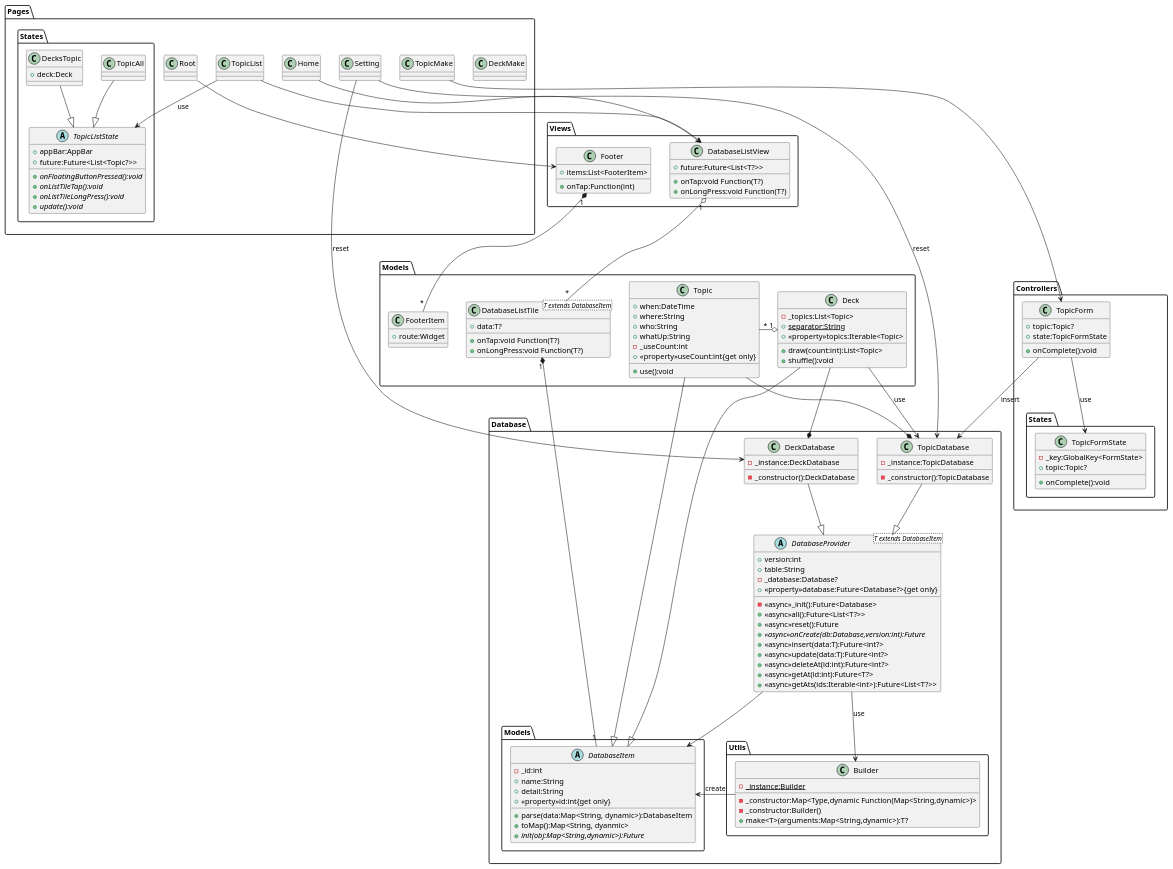
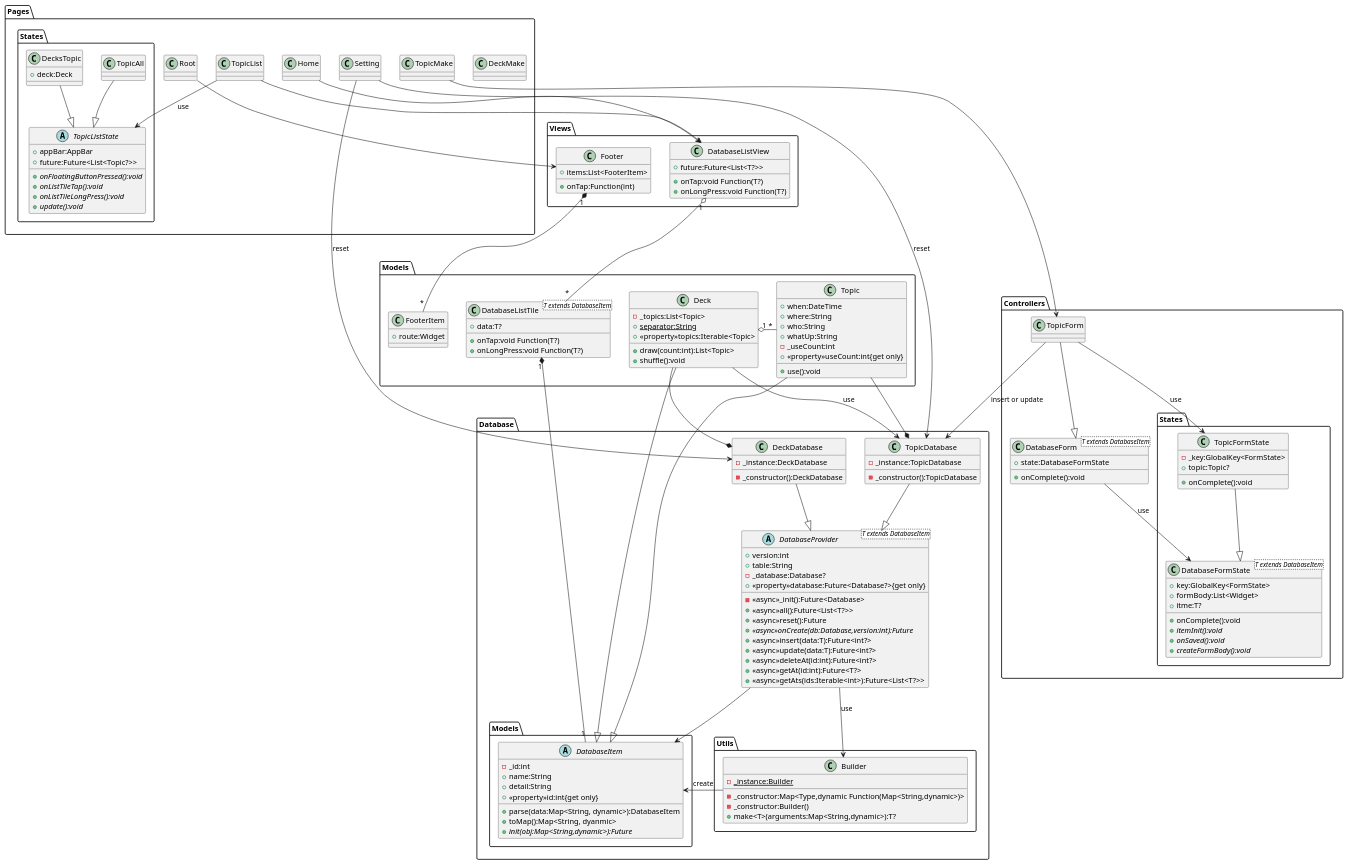
One commit to nmskm240/conversation_deck changed the diagram in classDiagram.pu. Above: the diagram before and after it, drawn with PlantUML. The commit also changed 4 other files, not shown here.

```diff
--- a/classDiagram.pu
+++ b/classDiagram.pu
@@ -1,175 +1,188 @@
 @startuml Conversation deck cards
 package Controllers
 {
     package "States "
     {
+        class DatabaseFormState<T extends DatabaseItem>
+        {
+            +key:GlobalKey<FormState>
+            +formBody:List<Widget>
+            +itme:T?
+            +onComplete():void
+            +{abstract}itemInit():void
+            +{abstract}onSaved():void
+            +{abstract}createFormBody():void
+        }
         class TopicFormState
         {
             -_key:GlobalKey<FormState>
             +topic:Topic?
             +onComplete():void
         }
     }
-    class TopicForm
+    class DatabaseForm<T extends DatabaseItem>
     {
-        +topic:Topic?
-        +state:TopicFormState
+        +state:DatabaseFormState
         +onComplete():void
     }
+    class TopicForm
 }
 
 package Database
 {
     package Models
     {
         abstract DatabaseItem
         {
             -_id:int
             +name:String
             +detail:String
             +<<property>>id:int{get only}
             +parse(data:Map<String, dynamic>):DatabaseItem
             +toMap():Map<String, dyanmic>
             +{abstract}init(obj:Map<String,dynamic>):Future
         }
     }
     package Utils
     {
         class Builder
         {
             -_constructor:Map<Type,dynamic Function(Map<String,dynamic>)>
             -{static}_instance:Builder
             -_constructor:Builder()
             +make<T>(arguments:Map<String,dynamic>):T?
         }
     }
     abstract DatabaseProvider<T extends DatabaseItem>
     {
         +version:int
         +table:String
         -_database:Database?
         +<<property>>database:Future<Database?>{get only}
         -<<async>>_init():Future<Database>
         +<<async>>all():Future<List<T?>>
         +<<async>>reset():Future
         +{abstract}<<async>>onCreate(db:Database,version:int):Future
         +<<async>>insert(data:T):Future<int?>
         +<<async>>update(data:T):Future<int?>
         +<<async>>deleteAt(id:int):Future<int?>
         +<<async>>getAt(id:int):Future<T?>
         +<<async>>getAts(ids:Iterable<int>):Future<List<T?>>
     }
     class DeckDatabase
     {
         -_instance:DeckDatabase
         -_constructor():DeckDatabase
     }
     class TopicDatabase
     {
         -_instance:TopicDatabase
         -_constructor():TopicDatabase
     }
 }
 
 package "Models "
 {
     class DatabaseListTile<T extends DatabaseItem>
     {
         +data:T?
         +onTap:void Function(T?)
         +onLongPress:void Function(T?)
     }
     class Deck
     {
         -_topics:List<Topic>
         +{static}separator:String
         +<<property>>topics:Iterable<Topic>
         +draw(count:int):List<Topic>
         +shuffle():void
     }
     class FooterItem
     {
         +route:Widget
     }
     class Topic
     {
         +when:DateTime
         +where:String
         +who:String
         +whatUp:String
         -_useCount:int
         +<<property>>useCount:int{get only}
         +use():void
     }
 }
 package Pages
 {
     package States
     {
         abstract TopicListState
         {
             +appBar:AppBar
             +future:Future<List<Topic?>>
             +{abstract}onFloatingButtonPressed():void
             +{abstract}onListTileTap():void
             +{abstract}onListTileLongPress():void
             +{abstract}update():void
         }
         class TopicAll
         class DecksTopic
         {
             +deck:Deck
         }
     }
     class DeckMake
     class Home
     class Root
     class TopicList
     class TopicMake
     class Setting
 }
 package Views
 {
     class DatabaseListView
     {
         +future:Future<List<T?>>
         +onTap:void Function(T?)
         +onLongPress:void Function(T?)
     }
     class Footer
     {
         +items:List<FooterItem>
         +onTap:Function(int)
     }
 }
 
 DatabaseProvider --> DatabaseItem
 DatabaseProvider --> Builder : use
 Deck --> TopicDatabase : use
 Root --> Footer
 Home --> DatabaseListView
 TopicList --> DatabaseListView
 TopicMake --> TopicForm
-TopicForm --> TopicDatabase : insert
+TopicForm --> TopicDatabase : insert or update
 Builder -left-> DatabaseItem : create
 TopicList --> TopicListState : use
+DatabaseForm --> DatabaseFormState : use
 TopicForm --> TopicFormState : use
 Setting --> DeckDatabase : reset
 Setting --> TopicDatabase : reset
 
 DeckDatabase --|> DatabaseProvider
 TopicDatabase --|> DatabaseProvider
 Deck --|> DatabaseItem
 Topic --|> DatabaseItem
 TopicAll --|> TopicListState
 DecksTopic --|> TopicListState
+TopicForm --|> DatabaseForm
+TopicFormState --|> DatabaseFormState
 
 DeckDatabase *-up- Deck
 TopicDatabase *-up- Topic
 Footer "1" *-- "*" FooterItem
 DatabaseListTile "1" *-- "1" DatabaseItem
 
 Deck "1" o-right- "*" Topic
 DatabaseListView "1" o-- "*" DatabaseListTile
 
 @enduml
```
